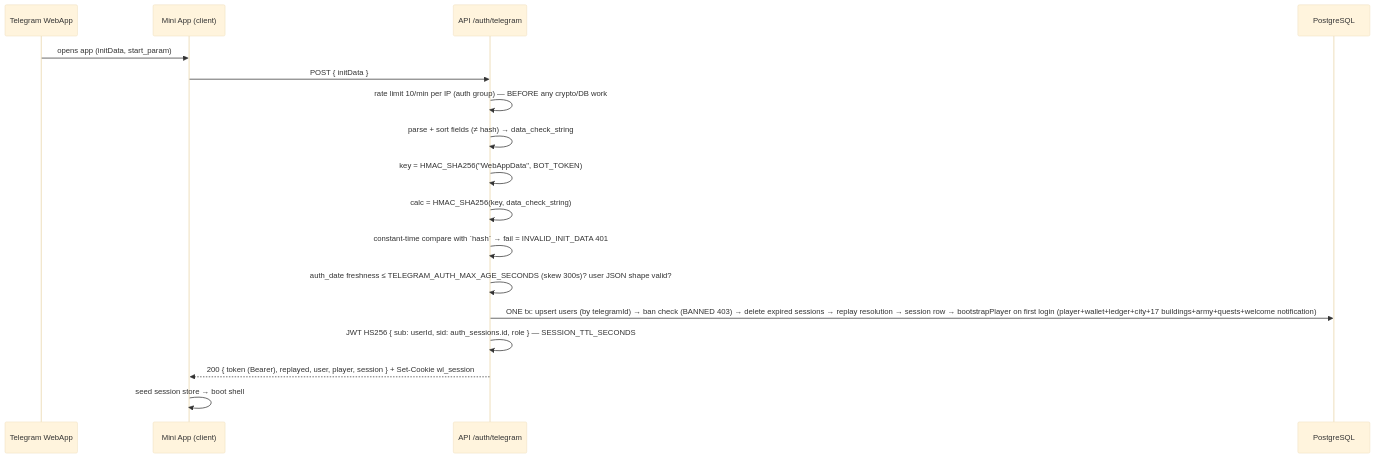
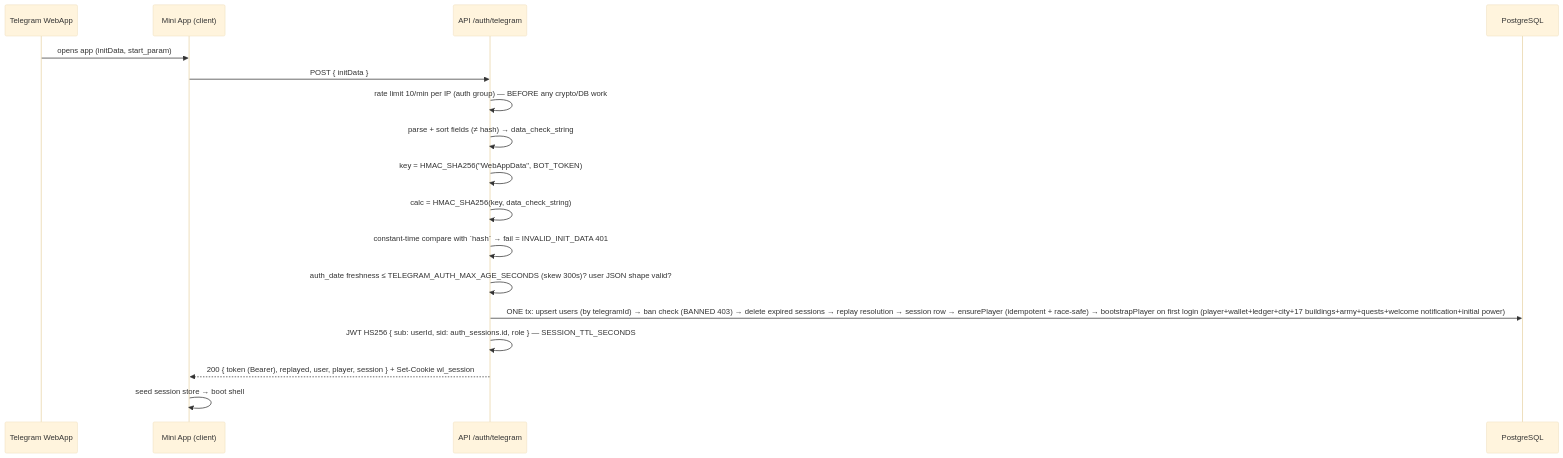
Before and after one commit to veylora03-stack/warlords: the first of 3 diagrams in docs/AUTHENTICATION.md, drawn with Mermaid (base theme). The commit also changed other lines of this file and 36 other files, not shown here.

````diff
--- a/docs/AUTHENTICATION.md
+++ b/docs/AUTHENTICATION.md
@@ -20,20 +20,20 @@
 ```mermaid
 sequenceDiagram
     participant T as Telegram WebApp
     participant C as Mini App (client)
     participant S as API /auth/telegram
     participant DB as PostgreSQL
 
     T->>C: opens app (initData, start_param)
     C->>S: POST { initData }
     S->>S: rate limit 10/min per IP (auth group) — BEFORE any crypto/DB work
     S->>S: parse + sort fields (≠ hash) → data_check_string
     S->>S: key = HMAC_SHA256("WebAppData", BOT_TOKEN)
     S->>S: calc = HMAC_SHA256(key, data_check_string)
     S->>S: constant-time compare with `hash` → fail = INVALID_INIT_DATA 401
     S->>S: auth_date freshness ≤ TELEGRAM_AUTH_MAX_AGE_SECONDS (skew 300s)? user JSON shape valid?
-    S->>DB: ONE tx: upsert users (by telegramId) → ban check (BANNED 403) → delete expired sessions → replay resolution → session row → bootstrapPlayer on first login (player+wallet+ledger+city+17 buildings+army+quests+welcome notification)
+    S->>DB: ONE tx: upsert users (by telegramId) → ban check (BANNED 403) → delete expired sessions → replay resolution → session row → ensurePlayer (idempotent + race-safe) → bootstrapPlayer on first login (player+wallet+ledger+city+17 buildings+army+quests+welcome notification+initial power)
     S->>S: JWT HS256 { sub: userId, sid: auth_sessions.id, role } — SESSION_TTL_SECONDS
     S-->>C: 200 { token (Bearer), replayed, user, player, session } + Set-Cookie wl_session
     C->>C: seed session store → boot shell
 ```
````
